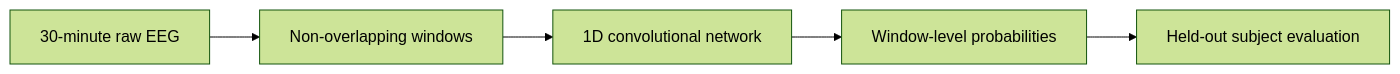
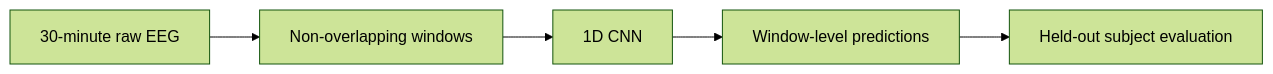
One commit to matinsaedi/mci-eeg-classification changed the diagram in README.md. Above: the diagram before and after it, drawn with Mermaid (forest theme). The commit also changed other lines of this file, not shown here.

````diff
--- a/README.md
+++ b/README.md
@@ -28,7 +20,7 @@
 ```mermaid
 flowchart LR
     A[30-minute raw EEG] --> B[Non-overlapping windows]
-    B --> C[1D convolutional network]
-    C --> D[Window-level probabilities]
+    B --> C[1D CNN]
+    C --> D[Window-level predictions]
     D --> E[Held-out subject evaluation]
 ```
````
